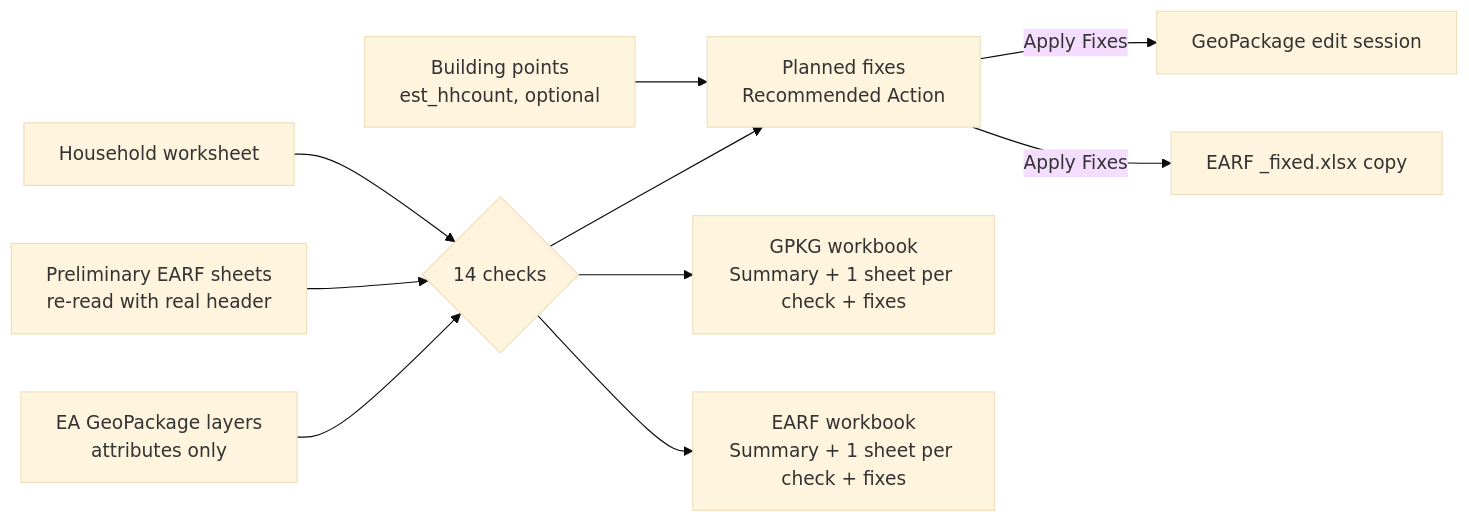
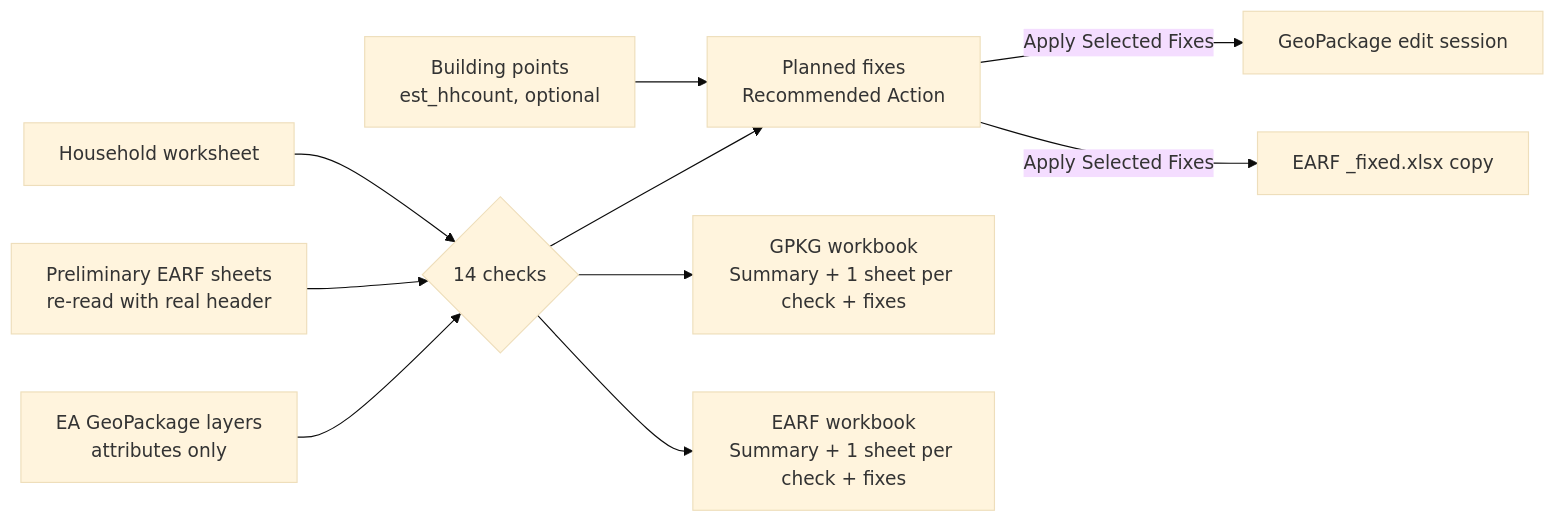
Before and after one commit to GMD-Repository/GMD_COProcessing: the diagram in docs/tools/test_earf_inconsistency.md, drawn with Mermaid (base theme). The commit also changed other lines of this file and 1 other file, not shown here.

Commit message:
feat: add EARF inconsistency check tool and documentation

````diff
--- a/docs/tools/test_earf_inconsistency.md
+++ b/docs/tools/test_earf_inconsistency.md
@@ -38,12 +40,12 @@
 ```mermaid
 flowchart LR
   G[EA GeoPackage layers<br/>attributes only] --> C{14 checks}
   E[Preliminary EARF sheets<br/>re-read with real header] --> C
   H[Household worksheet] --> C
   C --> P[Planned fixes<br/>Recommended Action]
   B[Building points<br/>est_hhcount, optional] --> P
-  P -->|Apply Fixes| GE[GeoPackage edit session]
-  P -->|Apply Fixes| EF["EARF _fixed.xlsx copy"]
+  P -->|Apply Selected Fixes| GE[GeoPackage edit session]
+  P -->|Apply Selected Fixes| EF["EARF _fixed.xlsx copy"]
   C --> W1["GPKG workbook<br/>Summary + 1 sheet per check + fixes"]
   C --> W2["EARF workbook<br/>Summary + 1 sheet per check + fixes"]
 ```
````
